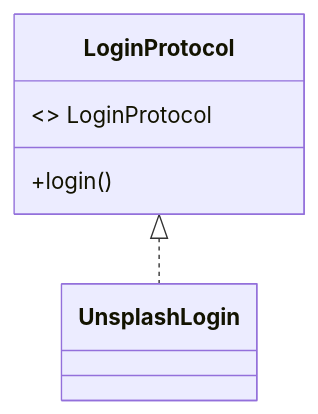
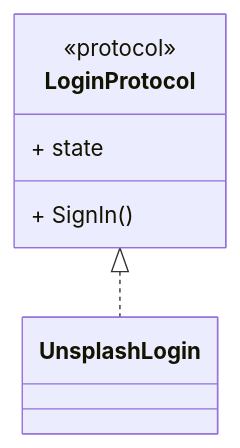
One commit to nessBautista/PhotoCollectionDemo changed the diagram in mobile/docs/mobileWiki.md. Above: the diagram before and after it, drawn with Mermaid.

Commit message:
setup-mobile-01 rectify mermaid diagram

````diff
--- a/mobile/docs/mobileWiki.md
+++ b/mobile/docs/mobileWiki.md
@@ -3,10 +3,9 @@
 ```mermaid
 classDiagram
 LoginProtocol <|..UnsplashLogin
 
-class LoginProtocol{
+	class LoginProtocol
 	<<protocol>> LoginProtocol
-	+login()
-}
-
+	LoginProtocol: + state
+	LoginProtocol: + SignIn()
 ```
````
